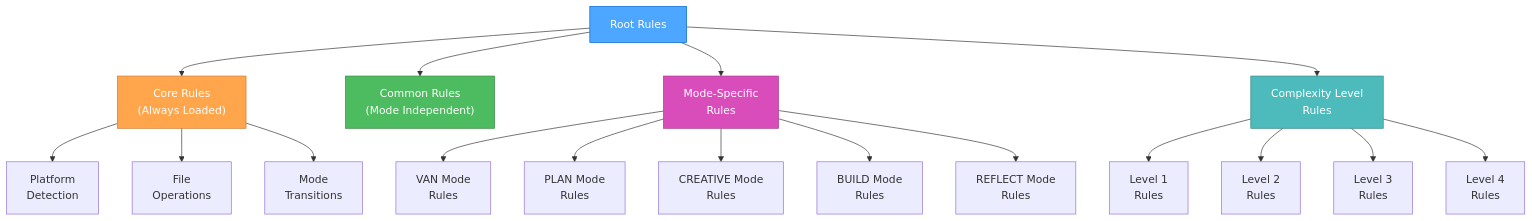
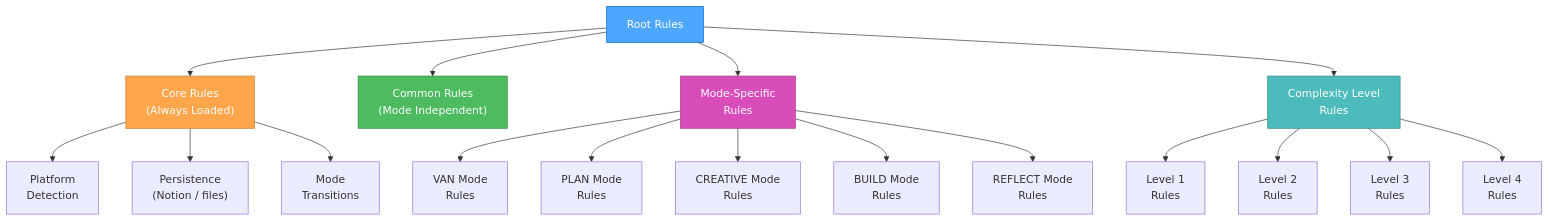
One commit to xianzhu21/cursor-memory-notion changed the first of 3 diagrams in .cursor/rules/isolation_rules/Core/hierarchical-rule-loading.mdc. Above: the diagram before and after it, drawn with Mermaid. The commit also changed 37 other files, not shown here.

````diff
--- a/.cursor/rules/isolation_rules/Core/hierarchical-rule-loading.mdc
+++ b/.cursor/rules/isolation_rules/Core/hierarchical-rule-loading.mdc
@@ -13,28 +13,28 @@
 ```mermaid
 graph TD
     Root["Root Rules"] --> Core["Core Rules<br>(Always Loaded)"]
     Root --> Common["Common Rules<br>(Mode Independent)"]
     Root --> Mode["Mode-Specific<br>Rules"]
     Root --> Level["Complexity Level<br>Rules"]
     
     Core --> Platform["Platform<br>Detection"]
-    Core --> File["File<br>Operations"]
+    Core --> File["Persistence<br>(Notion / files)"]
     Core --> Transition["Mode<br>Transitions"]
     
     Mode --> VAN["VAN Mode<br>Rules"]
     Mode --> PLAN["PLAN Mode<br>Rules"]
     Mode --> CREATIVE["CREATIVE Mode<br>Rules"]
     Mode --> BUILD["BUILD Mode<br>Rules"]
     Mode --> REFLECT["REFLECT Mode<br>Rules"]
     
     Level --> Level1["Level 1<br>Rules"]
     Level --> Level2["Level 2<br>Rules"]
     Level --> Level3["Level 3<br>Rules"]
     Level --> Level4["Level 4<br>Rules"]
     
     style Root fill:#4da6ff,stroke:#0066cc,color:white
     style Core fill:#ffa64d,stroke:#cc7a30,color:white
     style Common fill:#4dbb5f,stroke:#36873f,color:white
     style Mode fill:#d94dbb,stroke:#a3378a,color:white
     style Level fill:#4dbbbb,stroke:#368787,color:white
 ```
````
